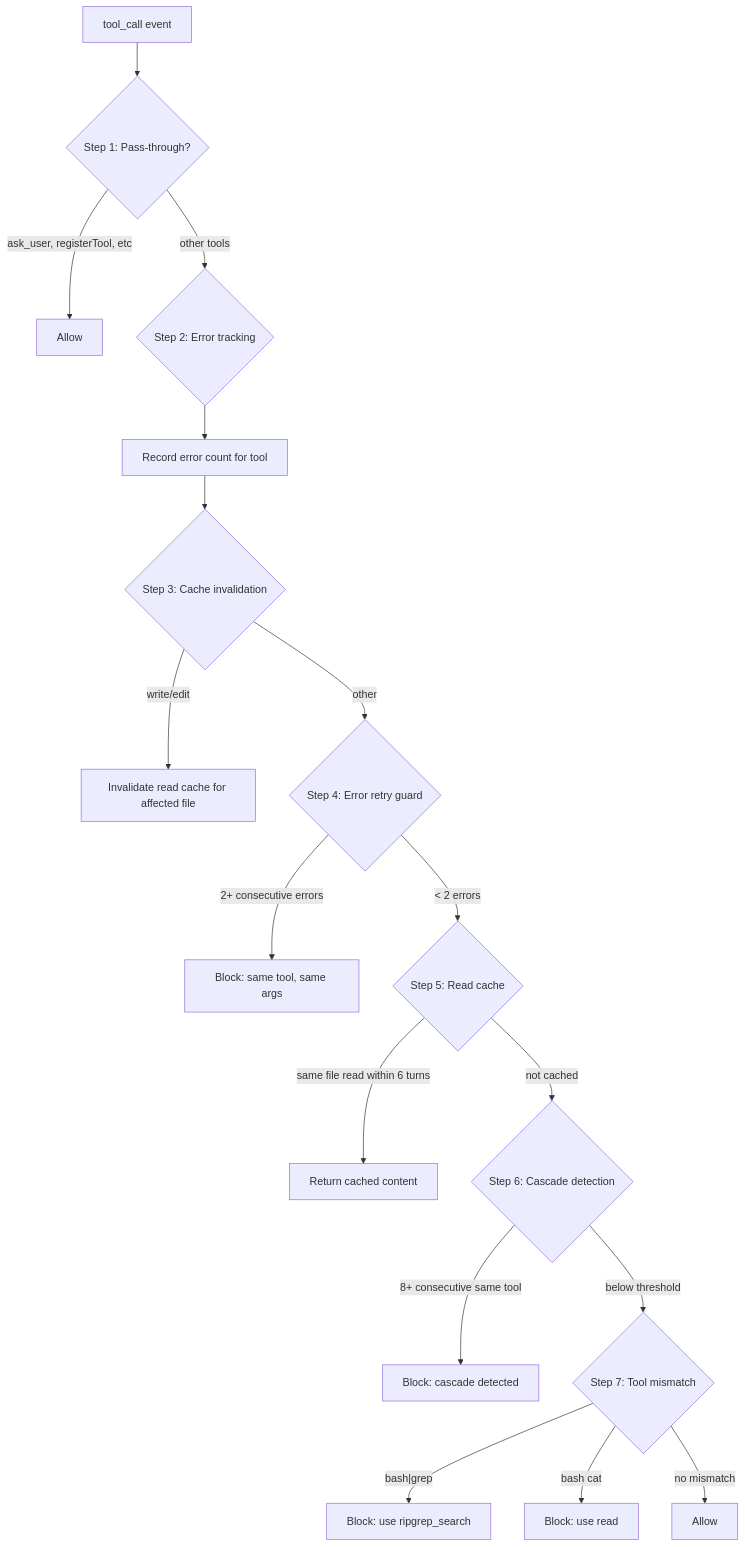
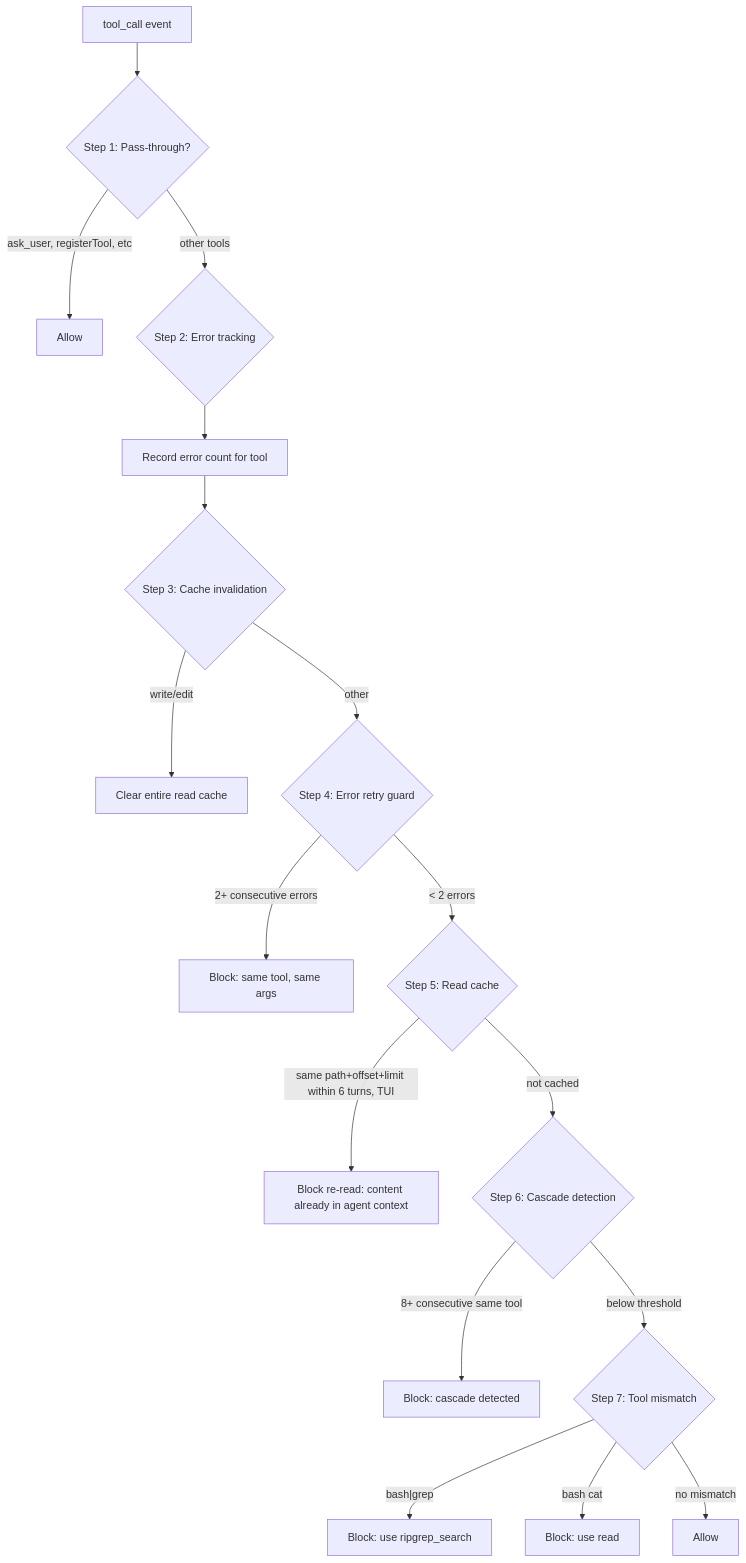
Before and after one commit to SchneiderDaniel/cheasee-pi: the diagram in docs/extensions/agent-harness.md, drawn with Mermaid. The commit also changed other lines of this file and 4 other files, not shown here.

Commit message:
feat(#1727): Bug: agent-harness - docs claim read cache 'returns cached content'; implementation blocks with hint, stores no content

````diff
--- a/docs/extensions/agent-harness.md
+++ b/docs/extensions/agent-harness.md
@@ -41,19 +41,19 @@
 ```mermaid
 flowchart TD
     A[tool_call event] --> B{Step 1: Pass-through?}
     B -- ask_user, registerTool, etc --> C[Allow]
     B -- other tools --> D{Step 2: Error tracking}
     D --> E[Record error count for tool]
     E --> F{Step 3: Cache invalidation}
-    F -- write/edit --> G[Invalidate read cache for affected file]
+    F -- write/edit --> G[Clear entire read cache]
     F -- other --> H{Step 4: Error retry guard}
     H -- 2+ consecutive errors --> I[Block: same tool, same args]
     H -- < 2 errors --> J{Step 5: Read cache}
-    J -- same file read within 6 turns --> K[Return cached content]
+    J -- same path+offset+limit within 6 turns, TUI --> K[Block re-read: content already in agent context]
     J -- not cached --> L{Step 6: Cascade detection}
     L -- 8+ consecutive same tool --> M[Block: cascade detected]
     L -- below threshold --> N{Step 7: Tool mismatch}
     N -- bash|grep --> O[Block: use ripgrep_search]
     N -- bash cat --> P[Block: use read]
     N -- no mismatch --> Q[Allow]
 ```
````
